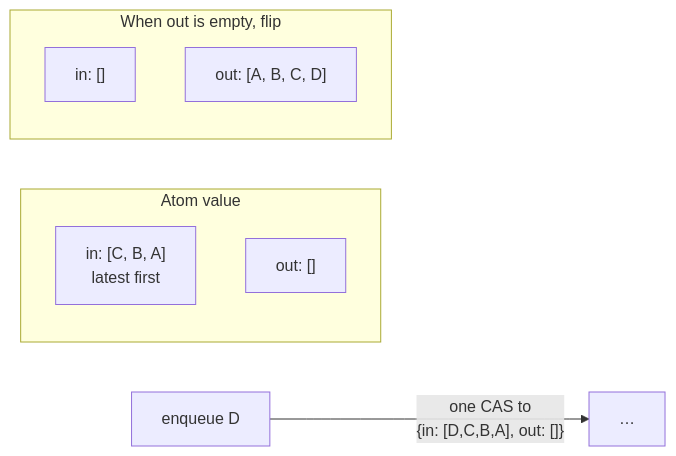
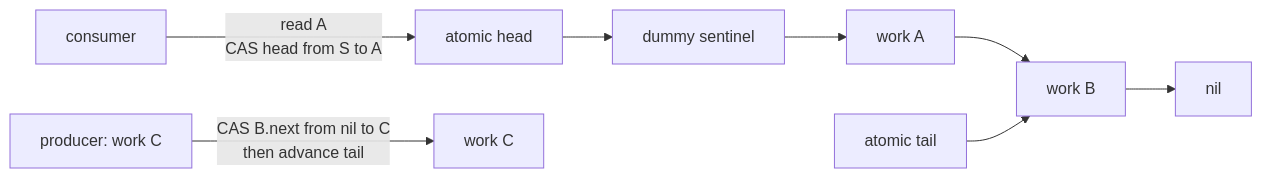
One commit to joshuay03/raptor changed the sixth of 14 diagrams in docs/brisrails-talk.md. Above: the diagram before and after it, drawn with Mermaid. The commit also changed other lines of this file and 1 other file, not shown here.

Commit message:
Refresh the architecture docs

````diff
--- a/docs/brisrails-talk.md
+++ b/docs/brisrails-talk.md
@@ -1021,14 +1019,10 @@
 ```mermaid
 flowchart LR
-    subgraph Q["Atom value"]
-        In["in: [C, B, A]<br/>latest first"]
-        Out["out: []"]
-    end
-
-    Push["enqueue D"] -->|"one CAS to<br/>{in: [D,C,B,A], out: []}"| Q2["…"]
-
-    subgraph Q3["When out is empty, flip"]
-        In3["in: []"]
-        Out3["out: [A, B, C, D]"]
-    end
+    H["atomic head"] --> S["dummy sentinel"]
+    S --> A["work A"]
+    A --> B["work B"]
+    B --> N["nil"]
+    T["atomic tail"] --> B
+    P["producer: work C"] -->|"CAS B.next from nil to C<br/>then advance tail"| C["work C"]
+    Q["consumer"] -->|"read A<br/>CAS head from S to A"| H
 ```
````
